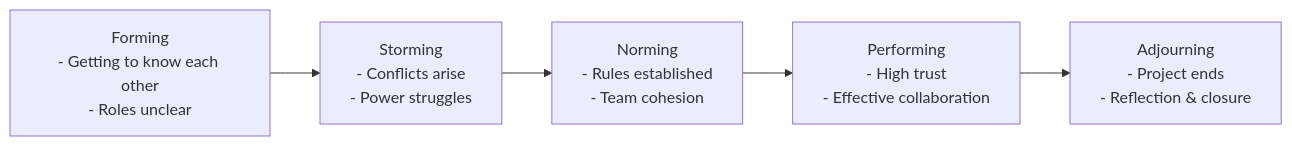
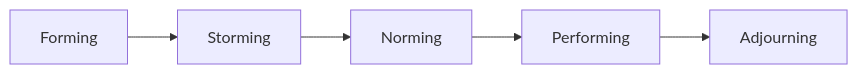
The diagram in content/people/teams/formation.md (msdbok/msdbok.github.io), drawn with Mermaid before and after one commit. The commit also changed other lines of this file and 21 other files, not shown here.

````diff
--- a/content/people/teams/formation.md
+++ b/content/people/teams/formation.md
@@ -110,7 +51,4 @@
 ```mermaid
 flowchart LR
-    A[Forming<br/>- Getting to know each other<br/>- Roles unclear] --> B[Storming<br/>- Conflicts arise<br/>- Power struggles]
-    B --> C[Norming<br/>- Rules established<br/>- Team cohesion]
-    C --> D[Performing<br/>- High trust<br/>- Effective collaboration]
-    D --> E[Adjourning<br/>- Project ends<br/>- Reflection & closure]
+    A[Forming] --> B[Storming] --> C[Norming] --> D[Performing] --> E[Adjourning]
 ```
````
